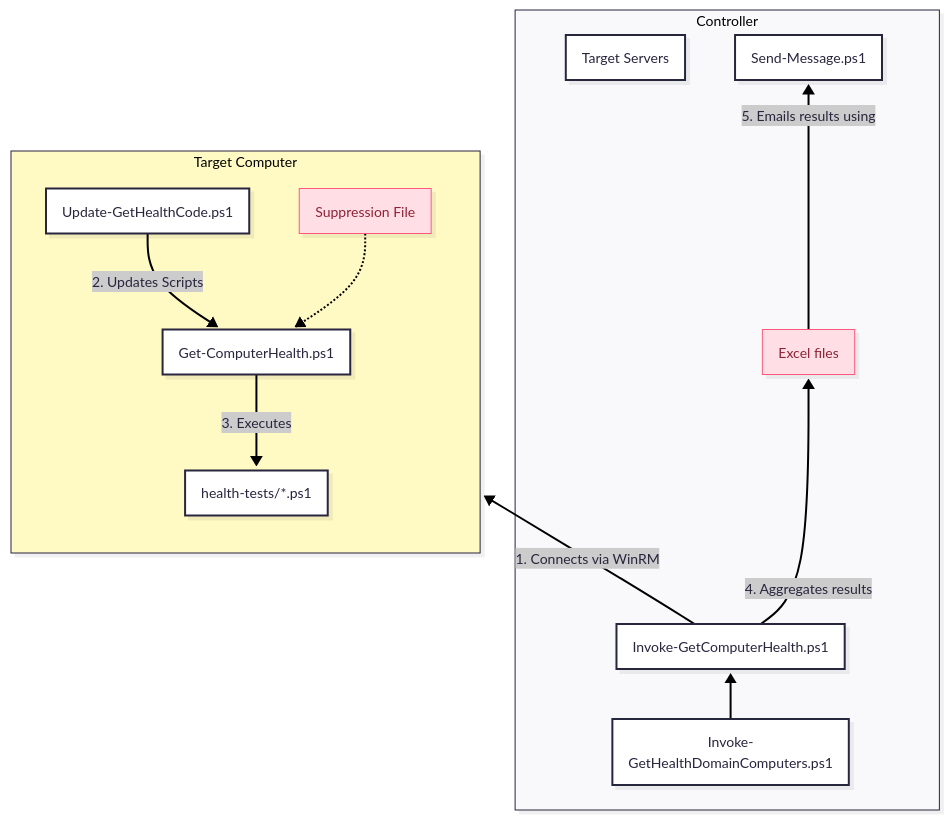
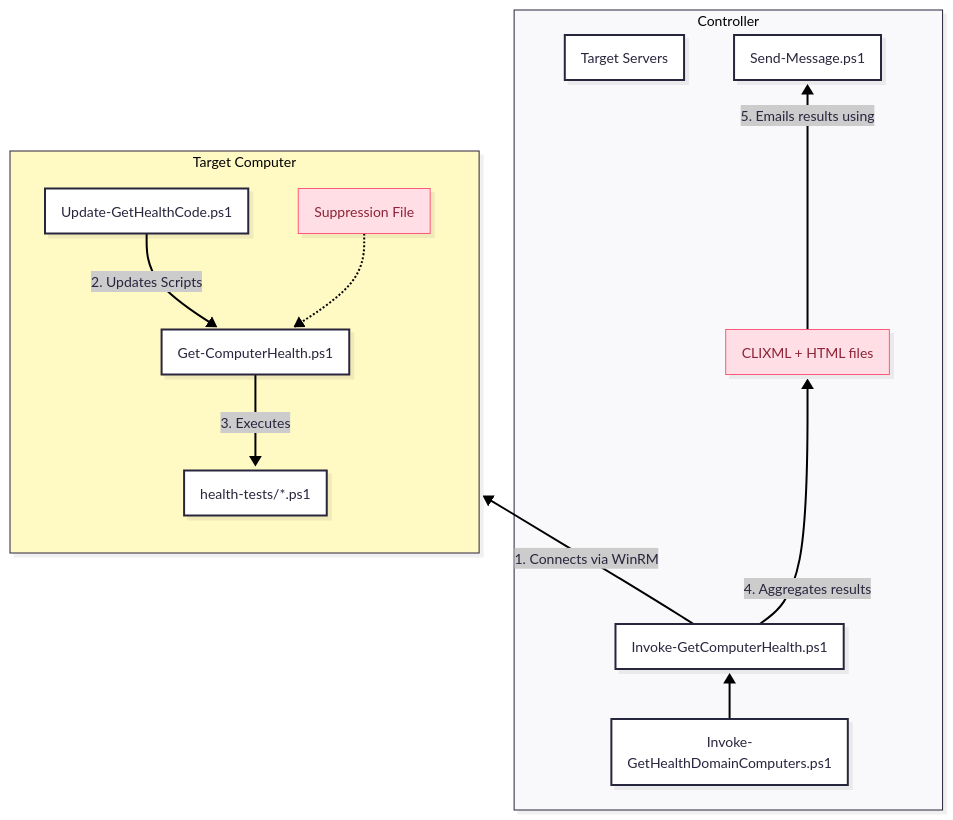
One commit to ndemou/GetComputerHealth changed the diagram in README.md. Above: the diagram before and after it, drawn with Mermaid. The commit also changed other lines of this file and 7 other files, not shown here.

Commit message:
Replace Excel reports with HTML and CLIXML

````diff
--- a/README.md
+++ b/README.md
@@ -230,33 +230,33 @@
 ```mermaid
 ---
 config:
   look: neo
   theme: redux
 ---
 flowchart BT
  subgraph Controller["Controller"]
         Orchestrator["Invoke-GetComputerHealth.ps1"]
         Entry["Invoke-GetHealthDomainComputers.ps1"]
         TargetServers["Target Servers"]
-        Report["Excel files"]
+        Report["CLIXML + HTML files"]
         Mailer["Send-Message.ps1"]
  end
  subgraph Target["Target Computer"]
         LocalRunner["Get-ComputerHealth.ps1"]
         Updater["Update-GetHealthCode.ps1"]
         Tests["health-tests/*.ps1"]
         Config["Suppression File"]
  end
     Entry --> Orchestrator
     Orchestrator -- "1. Connects via WinRM" --> Target
     Orchestrator -- "4. Aggregates results" --> Report
     Report -- "5. Emails results using" --> Mailer
     Updater -- "2. Updates Scripts" --> LocalRunner
     LocalRunner -- "3. Executes" --> Tests
     Config -.-> LocalRunner
 
      Report:::Rose
      Config:::Rose
      classDef Rose stroke-width:1px, stroke-dasharray:none, stroke:#FF5978, fill:#FFDFE5, color:#8E2236
      style Target fill:#FFF9C4
 ```
````
